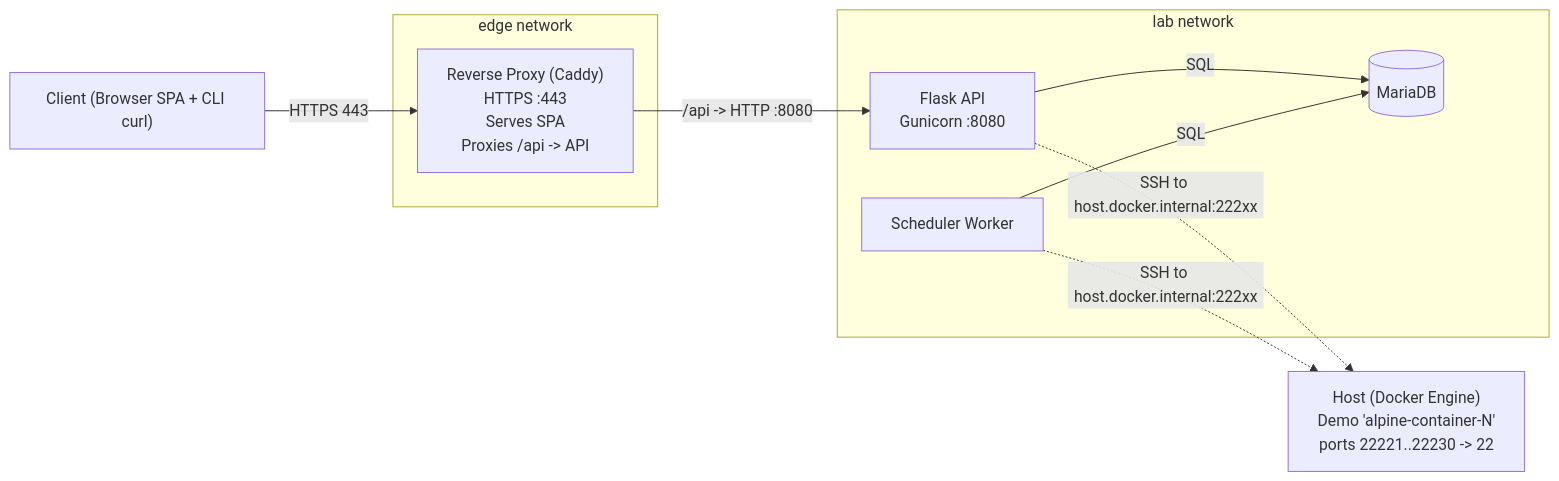
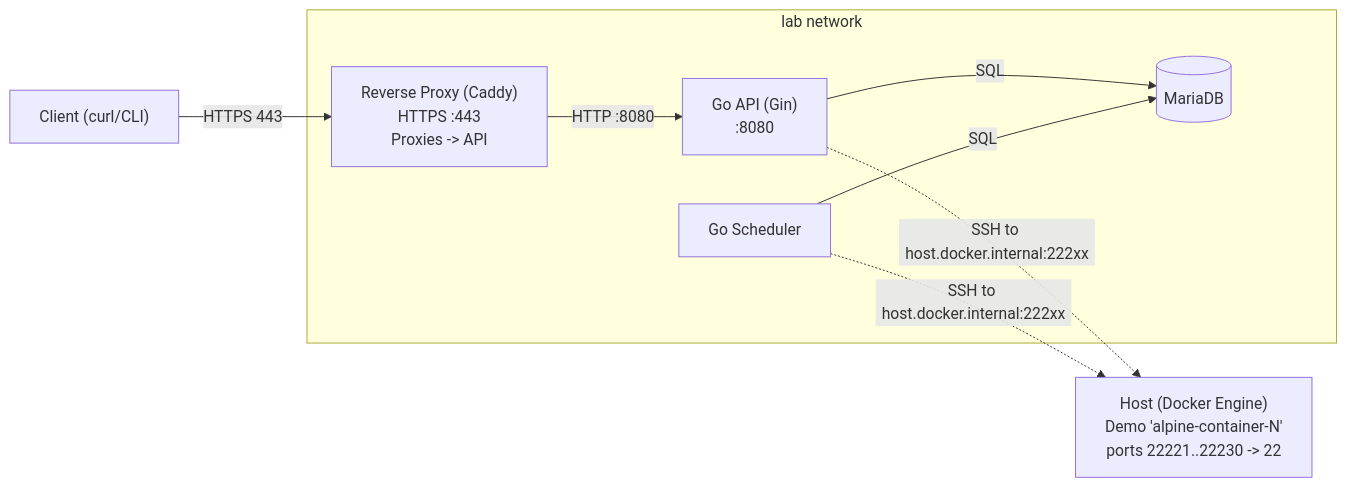
The diagram in README.md (Jeomhps/projet-IAC), drawn with Mermaid before and after one commit. The commit also changed other lines of this file, not shown here.

Commit message:
docs : update doc to reflect the new go api

````diff
--- a/README.md
+++ b/README.md
@@ -25,24 +27,21 @@
 ```mermaid
 flowchart LR
-  Client["Client (Browser SPA + CLI curl)"]
-
-  subgraph EDGE["edge network"]
-    RP["Reverse Proxy (Caddy)<br/>HTTPS :443<br/>Serves SPA<br/>Proxies /api -> API"]
-  end
+  Client["Client (curl/CLI)"]
 
   subgraph LAB["lab network"]
-    API["Flask API<br/>Gunicorn :8080"]
-    SCHED["Scheduler Worker"]
+    RP["Reverse Proxy (Caddy)<br/>HTTPS :443<br/>Proxies -> API"]
+    API["Go API (Gin)<br/>:8080"]
+    SCHED["Go Scheduler"]
     DB[(MariaDB)]
   end
 
   Client -->|HTTPS 443| RP
-  RP -->|/api -> HTTP :8080| API
+  RP -->|HTTP :8080| API
   API -->|SQL| DB
   SCHED -->|SQL| DB
 
   Host["Host (Docker Engine)<br/>Demo 'alpine-container-N'<br/>ports 22221..22230 -> 22"]
 
   API -.->|SSH to host.docker.internal:222xx| Host
   SCHED -.->|SSH to host.docker.internal:222xx| Host
 ```
````
